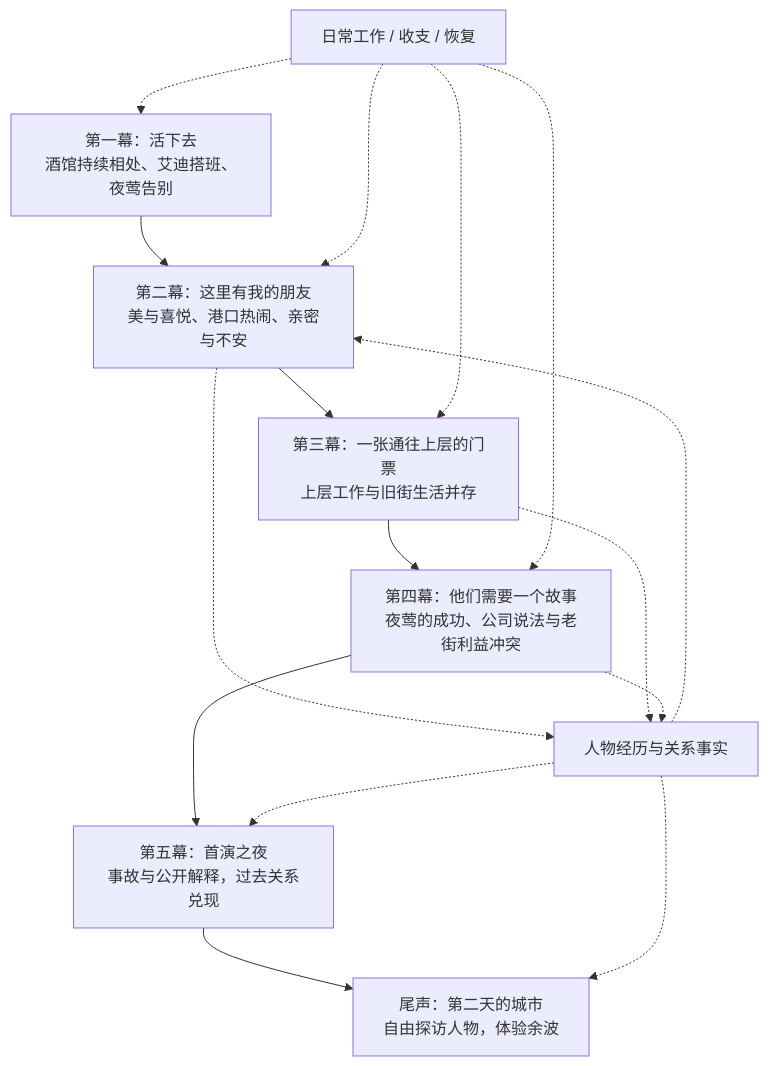
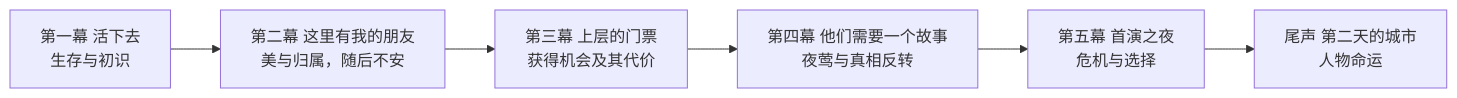
The diagram in docs/章节内容手稿/第一章_人物与交锋设计/00_第一章总纲_这座城里的人.md (guopanqi/ssnoir), drawn with Mermaid before and after one commit. The commit also changed other lines of this file and 5 other files, not shown here.

````diff
--- a/docs/章节内容手稿/第一章_人物与交锋设计/00_第一章总纲_这座城里的人.md
+++ b/docs/章节内容手稿/第一章_人物与交锋设计/00_第一章总纲_这座城里的人.md
@@ -51,21 +13,8 @@
 ```mermaid
-flowchart TD
-    A["第一幕：活下去<br/>酒馆持续相处、艾迪搭班、夜莺告别"]
-    B["第二幕：这里有我的朋友<br/>美与喜悦、港口热闹、亲密与不安"]
-    C["第三幕：一张通往上层的门票<br/>上层工作与旧街生活并存"]
-    D["第四幕：他们需要一个故事<br/>夜莺的成功、公司说法与老街利益冲突"]
-    E["第五幕：首演之夜<br/>事故与公开解释，过去关系兑现"]
-    F["尾声：第二天的城市<br/>自由探访人物，体验余波"]
-    A --> B --> C --> D --> E --> F
-
-    G["日常工作 / 收支 / 恢复"] -.-> A
-    G -.-> B
-    G -.-> C
-    G -.-> D
-    H["人物经历与关系事实"] -.-> B
-    B -.-> H
-    C -.-> H
-    D -.-> H
-    H -.-> E
-    H -.-> F
+flowchart LR
+ A["第一幕 活下去<br/>生存与初识"] --> B["第二幕 这里有我的朋友<br/>美与归属，随后不安"]
+ B --> C["第三幕 上层的门票<br/>获得机会及其代价"]
+ C --> D["第四幕 他们需要一个故事<br/>夜莺与真相反转"]
+ D --> E["第五幕 首演之夜<br/>危机与选择"]
+ E --> F["尾声 第二天的城市<br/>人物命运"]
 ```
````
